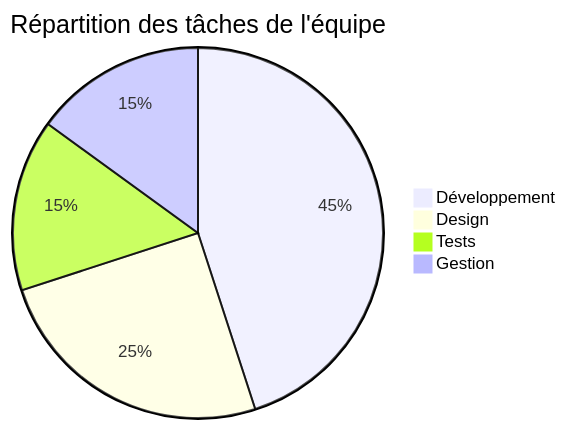
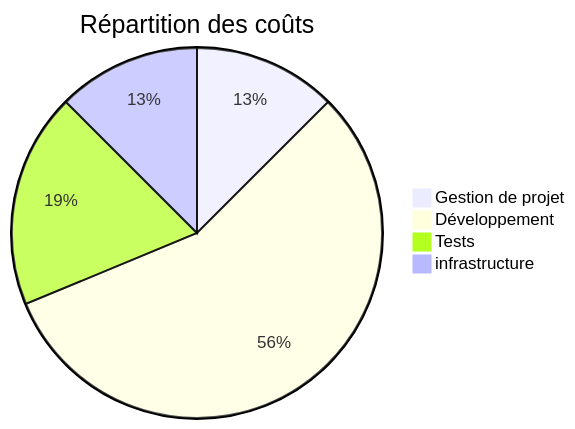
Before and after one commit to indidi01/TradeCorp_Data_Platform: the fourth of 4 diagrams in README.md, drawn with Mermaid. The commit also changed other lines of this file and 10 other files, not shown here.

````diff
--- a/README.md
+++ b/README.md
@@ -29,7 +59,7 @@
 ```mermaid
-pie title Répartition des tâches de l'équipe
+pie title Répartition des coûts
+    "Gestion de projet" : 10
     "Développement" : 45
-    "Design" : 25
     "Tests" : 15
-    "Gestion" : 15
+    "infrastructure" : 10
 ```
````
